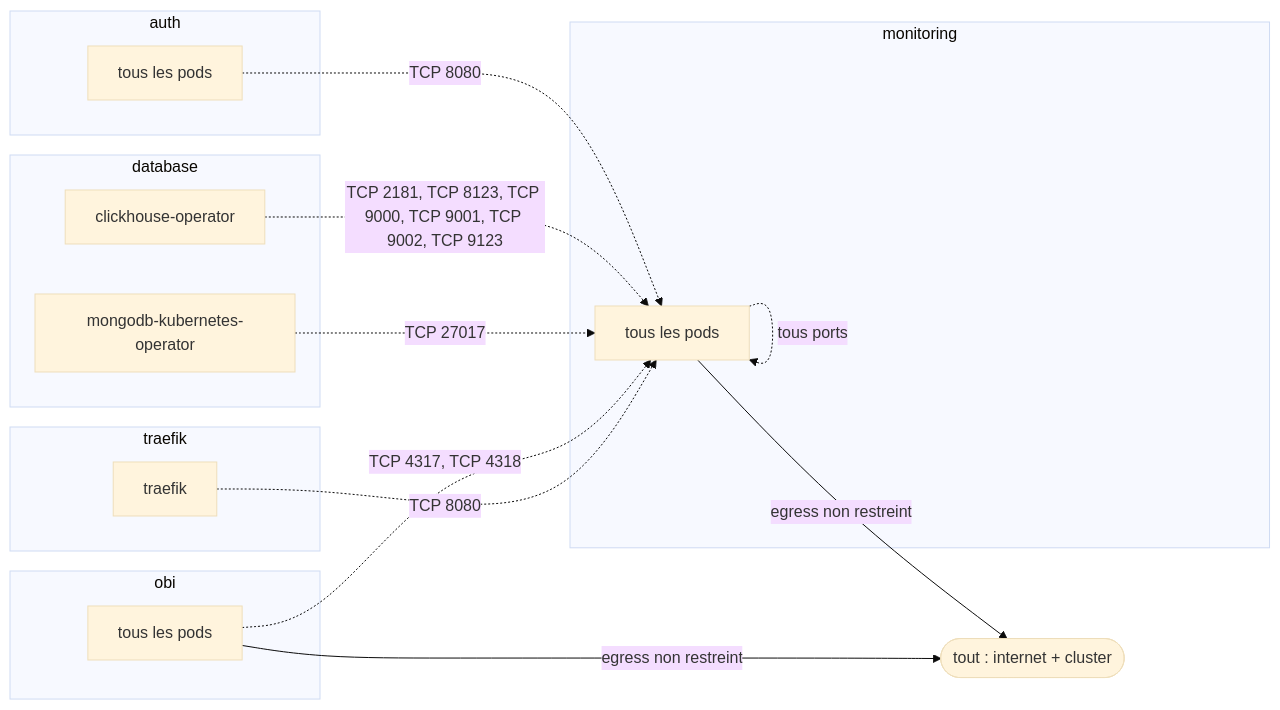
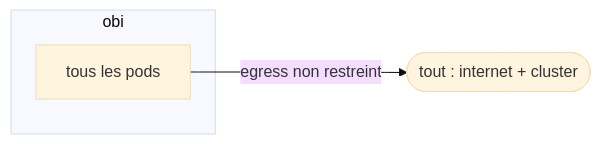
Before and after one commit to batleforc/weebo-si: the diagram in 0.docs/content/docs/security/network-flows/monitoring.mdx, drawn with Mermaid (base theme). The commit also changed other lines of this file and 14 other files, not shown here.

````diff
--- a/0.docs/content/docs/security/network-flows/monitoring.mdx
+++ b/0.docs/content/docs/security/network-flows/monitoring.mdx
@@ -22,28 +22,8 @@
 ```mermaid
 flowchart LR
   n_entity_open_f65d5d(["tout : internet + cluster"])
-  subgraph ns_auth["auth"]
-    n_ns_auth_895bb8["tous les pods"]
-  end
-  subgraph ns_database["database"]
-    n_ns_database_89cec4["clickhouse-operator"]
-    n_ns_database_a3a908["mongodb-kubernetes-operator"]
-  end
-  subgraph ns_monitoring["monitoring"]
-    n_ns_monitoring_1d4c40["tous les pods"]
-  end
   subgraph ns_obi["obi"]
     n_ns_obi_e941c2["tous les pods"]
   end
-  subgraph ns_traefik["traefik"]
-    n_ns_traefik_d50a8d["traefik"]
-  end
-  n_ns_auth_895bb8 -.->|"TCP 8080"| n_ns_monitoring_1d4c40
-  n_ns_database_89cec4 -.->|"TCP 2181, TCP 8123, TCP 9000, TCP 9001, TCP 9002, TCP 9123"| n_ns_monitoring_1d4c40
-  n_ns_database_a3a908 -.->|"TCP 27017"| n_ns_monitoring_1d4c40
-  n_ns_monitoring_1d4c40 -->|"egress non restreint"| n_entity_open_f65d5d
-  n_ns_monitoring_1d4c40 -.->|"tous ports"| n_ns_monitoring_1d4c40
   n_ns_obi_e941c2 -->|"egress non restreint"| n_entity_open_f65d5d
-  n_ns_obi_e941c2 -.->|"TCP 4317, TCP 4318"| n_ns_monitoring_1d4c40
-  n_ns_traefik_d50a8d -.->|"TCP 8080"| n_ns_monitoring_1d4c40
 ```
````
